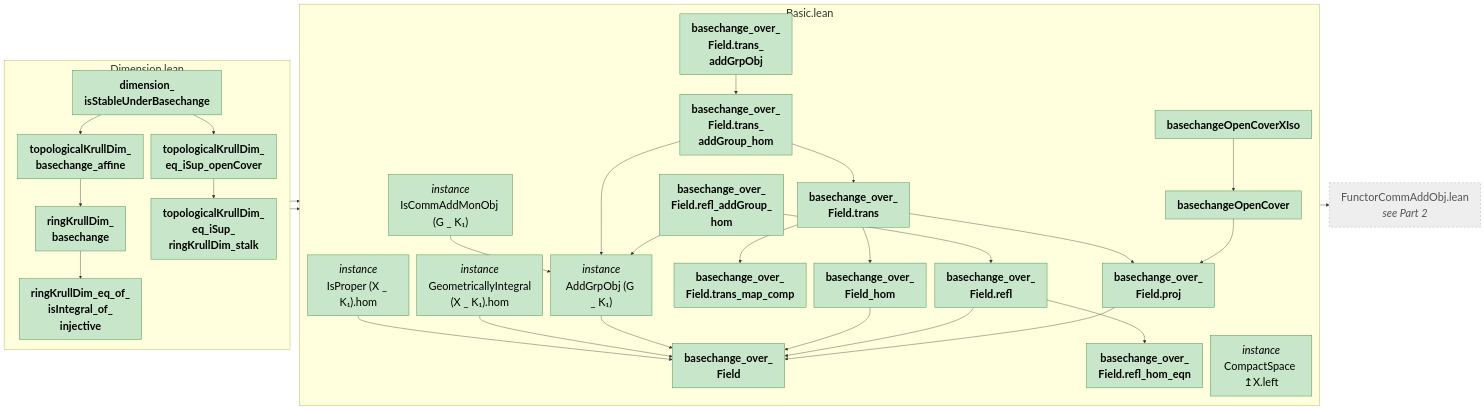
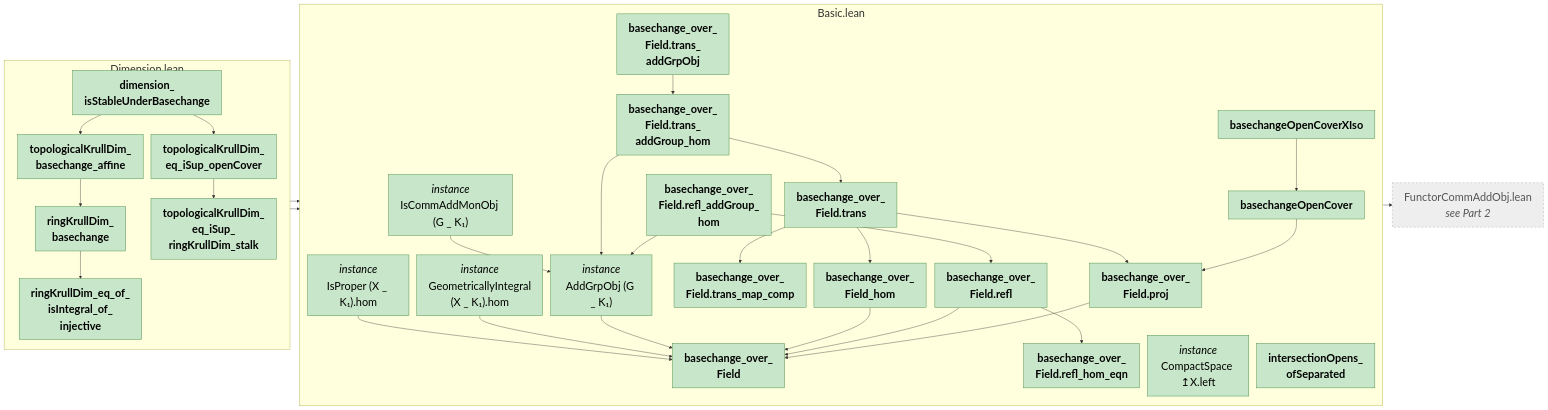
One commit to abhijitaj1997/CMAbelianVarieties changed the third of 5 diagrams in CMAbelianVarieties/MindMapStep2.md. Above: the diagram before and after it, drawn with Mermaid. The commit also changed other lines of this file and 1 other file, not shown here.

````diff
--- a/CMAbelianVarieties/MindMapStep2.md
+++ b/CMAbelianVarieties/MindMapStep2.md
@@ -242,68 +242,69 @@
 ```mermaid
 %%{init: {"flowchart": {"useMaxWidth": false, "rankSpacing": 25, "nodeSpacing": 20}, "themeVariables": {"fontSize": "28px"}}}%%
 graph LR
   subgraph m_CMAbelianVarieties_AlgebraicGeometry_Basic["Basic.lean"]
     direction TB
     n_basechangeOpenCover["<b>basechangeOpenCover</b>"]
     n_basechangeOpenCoverXIso["<b>basechangeOpenCoverXIso</b>"]
     n_basechange_over_Field["<b>basechange_over_<br/>Field</b>"]
     n_basechange_over_Field_proj["<b>basechange_over_<br/>Field.proj</b>"]
     n_basechange_over_Field_refl["<b>basechange_over_<br/>Field.refl</b>"]
     n_basechange_over_Field_refl_addGroup_hom["<b>basechange_over_<br/>Field.refl_addGroup_<br/>hom</b>"]
     n_basechange_over_Field_refl_hom_eqn["<b>basechange_over_<br/>Field.refl_hom_eqn</b>"]
     n_basechange_over_Field_trans["<b>basechange_over_<br/>Field.trans</b>"]
     n_basechange_over_Field_trans_addGroup_hom["<b>basechange_over_<br/>Field.trans_<br/>addGroup_hom</b>"]
     n_basechange_over_Field_trans_addGrpObj["<b>basechange_over_<br/>Field.trans_<br/>addGrpObj</b>"]
     n_basechange_over_Field_trans_map_comp["<b>basechange_over_<br/>Field.trans_map_comp</b>"]
     n_basechange_over_Field_hom["<b>basechange_over_<br/>Field_hom</b>"]
     n_instAddGrpObjOverSchemeSpecOfBasechange_over_Field["<i>instance</i><br/>AddGrpObj (G _ K₁)"]
     n_instCompactSpaceCarrierCarrierCommRingCatLeftSchemeOfIsProperHom_cMAbelianVarieties["<i>instance</i><br/>CompactSpace ↥X.left"]
     n_instGeometricallyIntegralHomSchemeBasechange_over_Field["<i>instance</i><br/>GeometricallyIntegral<br/>(X _ K₁).hom"]
     n_instIsCommAddMonObjOverSchemeSpecOfBasechange_over_Field["<i>instance</i><br/>IsCommAddMonObj (G _ K₁)"]
     n_instIsProperHomSchemeBasechange_over_Field["<i>instance</i><br/>IsProper (X _ K₁).hom"]
+    n_intersectionOpens_ofSeparated["<b>intersectionOpens_<br/>ofSeparated</b>"]
   end
   subgraph m_CMAbelianVarieties_AlgebraicGeometry_Dimension["Dimension.lean"]
     direction TB
     n_dimension_isStableUnderBasechange["<b>dimension_<br/>isStableUnderBasechange</b>"]
     n_ringKrullDim_basechange["<b>ringKrullDim_<br/>basechange</b>"]
     n_ringKrullDim_eq_of_isIntegral_of_injective["<b>ringKrullDim_eq_of_<br/>isIntegral_of_<br/>injective</b>"]
     n_topologicalKrullDim_basechange_affine["<b>topologicalKrullDim_<br/>basechange_affine</b>"]
     n_topologicalKrullDim_eq_iSup_openCover["<b>topologicalKrullDim_<br/>eq_iSup_openCover</b>"]
     n_topologicalKrullDim_eq_iSup_ringKrullDim_stalk["<b>topologicalKrullDim_<br/>eq_iSup_<br/>ringKrullDim_stalk</b>"]
   end
   x_CMAbelianVarieties_ForMathlib_FunctorCommAddObj["FunctorCommAddObj.lean<br/><i>see Part 2</i>"]
 
   n_basechangeOpenCover --> n_basechange_over_Field_proj
   n_basechangeOpenCoverXIso --> n_basechangeOpenCover
   n_basechange_over_Field_proj --> n_basechange_over_Field
   n_basechange_over_Field_refl --> n_basechange_over_Field
   n_basechange_over_Field_refl --> n_basechange_over_Field_refl_hom_eqn
   n_basechange_over_Field_refl_addGroup_hom --> n_basechange_over_Field_refl
   n_basechange_over_Field_refl_addGroup_hom --> n_instAddGrpObjOverSchemeSpecOfBasechange_over_Field
   n_basechange_over_Field_trans --> n_basechange_over_Field_proj
   n_basechange_over_Field_trans --> n_basechange_over_Field_trans_map_comp
   n_basechange_over_Field_trans --> n_basechange_over_Field_hom
   n_basechange_over_Field_trans_addGroup_hom --> n_basechange_over_Field_trans
   n_basechange_over_Field_trans_addGroup_hom --> n_instAddGrpObjOverSchemeSpecOfBasechange_over_Field
   n_basechange_over_Field_trans_addGrpObj --> n_basechange_over_Field_trans_addGroup_hom
   n_basechange_over_Field_hom --> n_basechange_over_Field
   n_dimension_isStableUnderBasechange --> n_basechangeOpenCoverXIso
   n_dimension_isStableUnderBasechange --> n_topologicalKrullDim_basechange_affine
   n_dimension_isStableUnderBasechange --> n_topologicalKrullDim_eq_iSup_openCover
   n_instAddGrpObjOverSchemeSpecOfBasechange_over_Field --> n_basechange_over_Field
   n_instGeometricallyIntegralHomSchemeBasechange_over_Field --> n_basechange_over_Field
   n_instIsCommAddMonObjOverSchemeSpecOfBasechange_over_Field --> n_instAddGrpObjOverSchemeSpecOfBasechange_over_Field
   n_instIsCommAddMonObjOverSchemeSpecOfBasechange_over_Field --> x_CMAbelianVarieties_ForMathlib_FunctorCommAddObj
   n_instIsProperHomSchemeBasechange_over_Field --> n_basechange_over_Field
   n_ringKrullDim_basechange --> n_ringKrullDim_eq_of_isIntegral_of_injective
   n_topologicalKrullDim_basechange_affine --> n_basechange_over_Field
   n_topologicalKrullDim_basechange_affine --> n_ringKrullDim_basechange
   n_topologicalKrullDim_eq_iSup_openCover --> n_topologicalKrullDim_eq_iSup_ringKrullDim_stalk
 
   classDef ok fill:#c8e6c9,stroke:#2e7d32,color:#000
   classDef bad fill:#ffcdd2,stroke:#c62828,color:#000
   classDef main fill:#ffd54f,stroke:#b8860b,stroke-width:3px,color:#000
   classDef ext fill:#eeeeee,stroke:#9e9e9e,stroke-dasharray:5 5,color:#555
-  class n_basechangeOpenCover,n_basechangeOpenCoverXIso,n_basechange_over_Field,n_basechange_over_Field_proj,n_basechange_over_Field_refl,n_basechange_over_Field_refl_addGroup_hom,n_basechange_over_Field_refl_hom_eqn,n_basechange_over_Field_trans,n_basechange_over_Field_trans_addGroup_hom,n_basechange_over_Field_trans_addGrpObj,n_basechange_over_Field_trans_map_comp,n_basechange_over_Field_hom,n_dimension_isStableUnderBasechange,n_instAddGrpObjOverSchemeSpecOfBasechange_over_Field,n_instCompactSpaceCarrierCarrierCommRingCatLeftSchemeOfIsProperHom_cMAbelianVarieties,n_instGeometricallyIntegralHomSchemeBasechange_over_Field,n_instIsCommAddMonObjOverSchemeSpecOfBasechange_over_Field,n_instIsProperHomSchemeBasechange_over_Field,n_ringKrullDim_basechange,n_ringKrullDim_eq_of_isIntegral_of_injective,n_topologicalKrullDim_basechange_affine,n_topologicalKrullDim_eq_iSup_openCover,n_topologicalKrullDim_eq_iSup_ringKrullDim_stalk ok
+  class n_basechangeOpenCover,n_basechangeOpenCoverXIso,n_basechange_over_Field,n_basechange_over_Field_proj,n_basechange_over_Field_refl,n_basechange_over_Field_refl_addGroup_hom,n_basechange_over_Field_refl_hom_eqn,n_basechange_over_Field_trans,n_basechange_over_Field_trans_addGroup_hom,n_basechange_over_Field_trans_addGrpObj,n_basechange_over_Field_trans_map_comp,n_basechange_over_Field_hom,n_dimension_isStableUnderBasechange,n_instAddGrpObjOverSchemeSpecOfBasechange_over_Field,n_instCompactSpaceCarrierCarrierCommRingCatLeftSchemeOfIsProperHom_cMAbelianVarieties,n_instGeometricallyIntegralHomSchemeBasechange_over_Field,n_instIsCommAddMonObjOverSchemeSpecOfBasechange_over_Field,n_instIsProperHomSchemeBasechange_over_Field,n_intersectionOpens_ofSeparated,n_ringKrullDim_basechange,n_ringKrullDim_eq_of_isIntegral_of_injective,n_topologicalKrullDim_basechange_affine,n_topologicalKrullDim_eq_iSup_openCover,n_topologicalKrullDim_eq_iSup_ringKrullDim_stalk ok
   class x_CMAbelianVarieties_ForMathlib_FunctorCommAddObj ext
 ```
````
